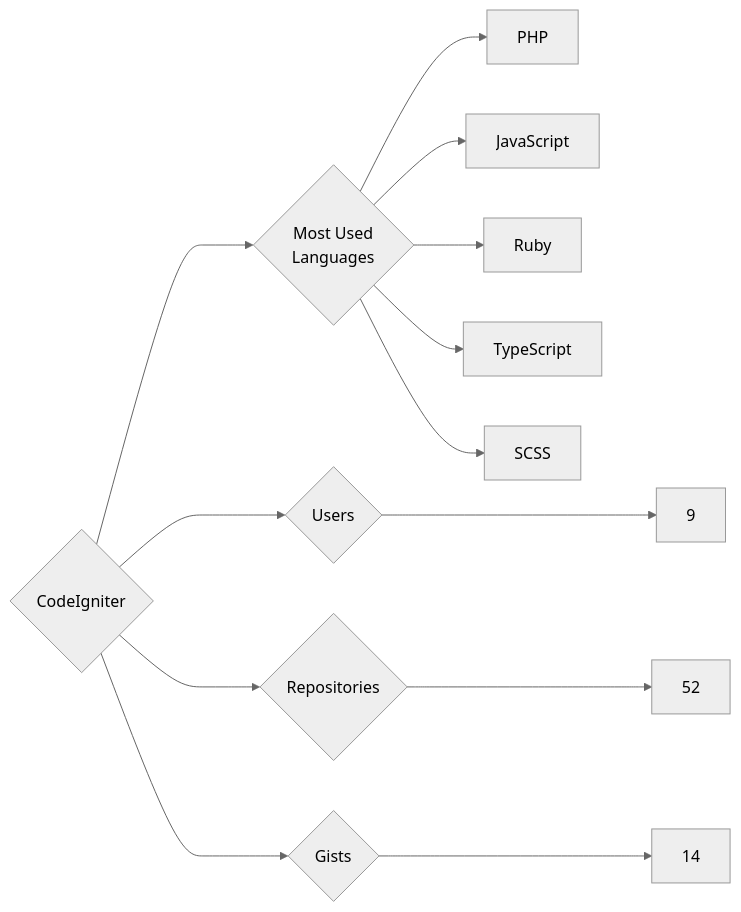
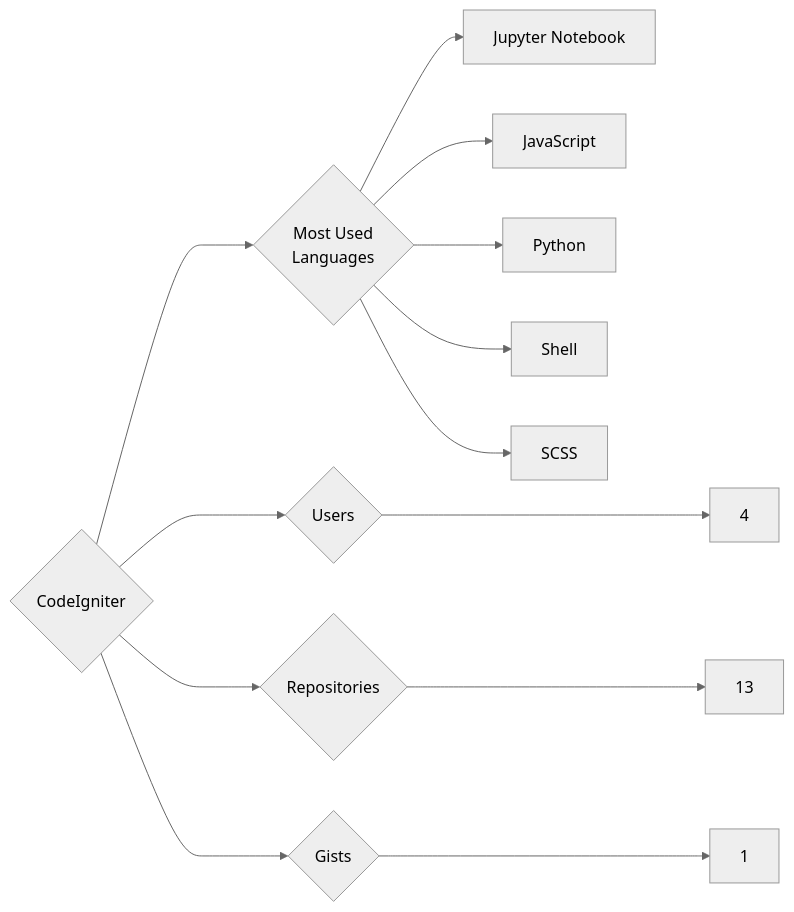
Before and after one commit to trickest/insiders: the diagram in targets/CodeIgniter/README.md, drawn with Mermaid (neutral theme). The commit also changed 815 other files, not shown here.

````diff
--- a/targets/CodeIgniter/README.md
+++ b/targets/CodeIgniter/README.md
@@ -3,13 +3,13 @@
 ```mermaid
 graph LR
 COMPANY_NAME{CodeIgniter}
-COMPANY_NAME ---> U{Users} ---> UN[9]
-COMPANY_NAME ---> R{Repositories} ---> RN[52]
-COMPANY_NAME ---> G{Gists} ---> GN[14]
+COMPANY_NAME ---> U{Users} ---> UN[4]
+COMPANY_NAME ---> R{Repositories} ---> RN[13]
+COMPANY_NAME ---> G{Gists} ---> GN[1]
 COMPANY_NAME ---> ML{Most Used<br>Languages}
-ML --> PHP[PHP]
+ML --> Jupyter_Notebook[Jupyter Notebook]
 ML --> JavaScript[JavaScript]
-ML --> Ruby[Ruby]
-ML --> TypeScript[TypeScript]
+ML --> Python[Python]
+ML --> Shell[Shell]
 ML --> SCSS[SCSS]
 ```
````
